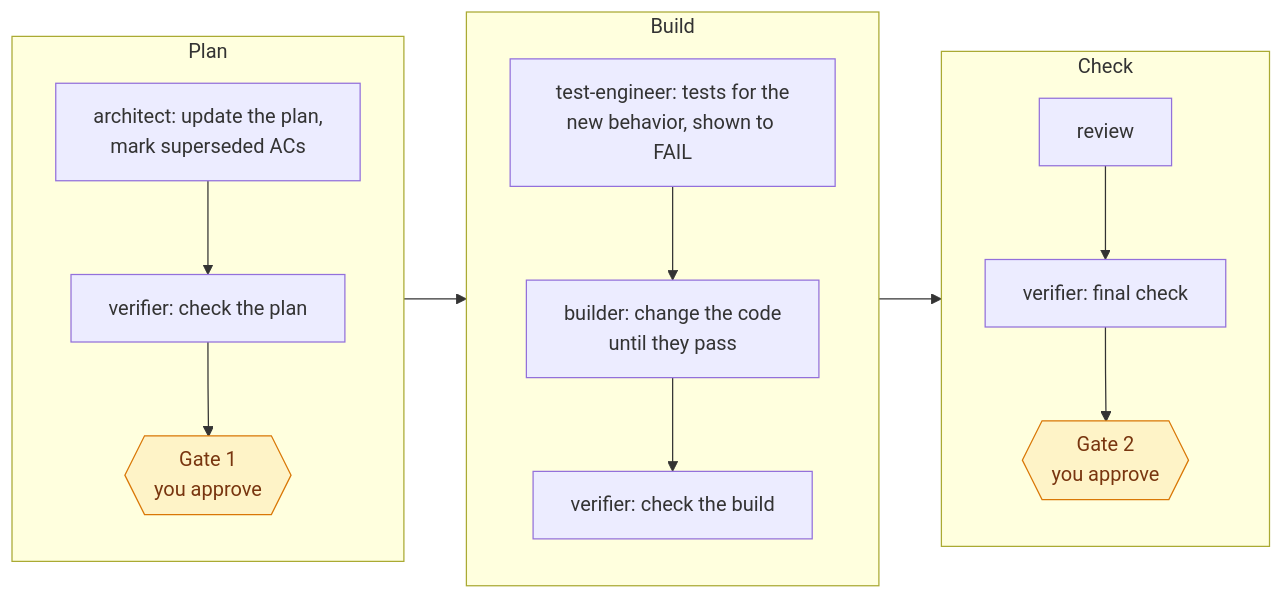
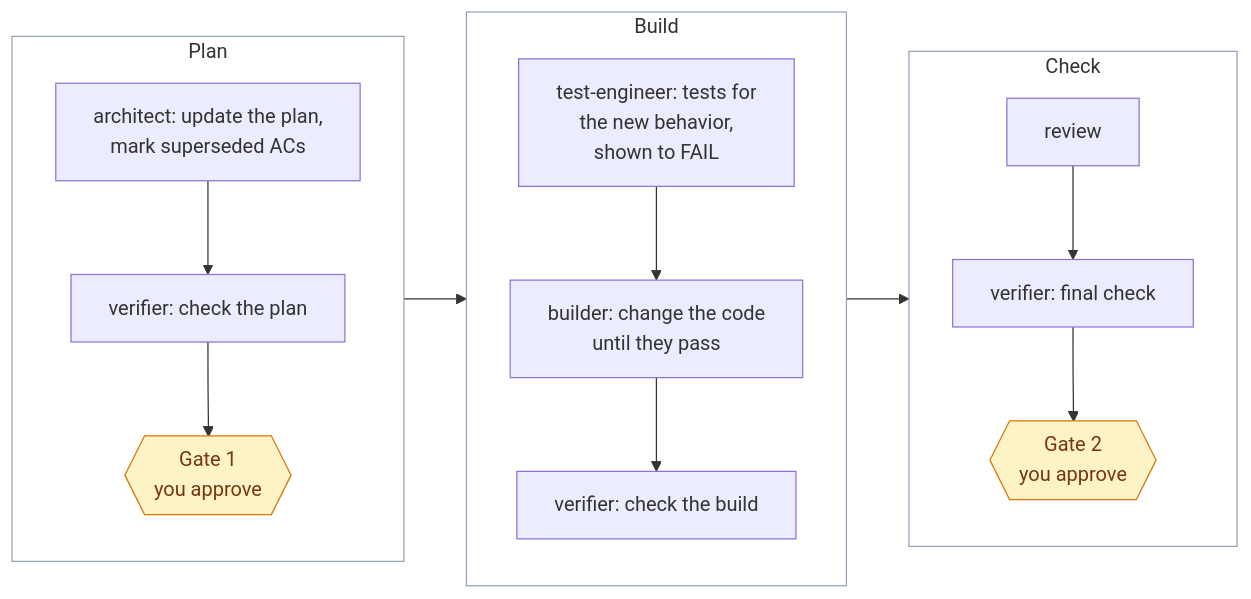
The second of 6 diagrams in docs/flows.md (suryas91/claude-skills), drawn with Mermaid before and after one commit. The commit also changed other lines of this file and 19 other files, not shown here.

First line of the commit message:
Docs review round 2: complete undo, accurate history, installer robustness, cleaner diagrams

````diff
--- a/docs/flows.md
+++ b/docs/flows.md
@@ -70,18 +68,21 @@
 ```mermaid
 flowchart LR
     subgraph P [Plan]
         direction TB
         A[architect: update the plan,<br/>mark superseded ACs] --> V1[verifier: check the plan] --> G1{{Gate 1<br/>you approve}}
     end
     subgraph B [Build]
         direction TB
-        T[test-engineer: tests for the<br/>new behavior, shown to FAIL] --> X[builder: change the code<br/>until they pass] --> V2[verifier: check the build]
+        T[test-engineer: tests for<br/>the new behavior,<br/>shown to FAIL] --> X[builder: change the code<br/>until they pass] --> V2[verifier: check the build]
     end
     subgraph K [Check]
         direction TB
         R[review] --> F[verifier: final check] --> G2{{Gate 2<br/>you approve}}
     end
     P --> B --> K
+    style P fill:transparent,stroke:#94a3b8
+    style B fill:transparent,stroke:#94a3b8
+    style K fill:transparent,stroke:#94a3b8
     classDef gate fill:#fef3c7,stroke:#d97706,color:#78350f
     class G1,G2 gate
 ```
````
